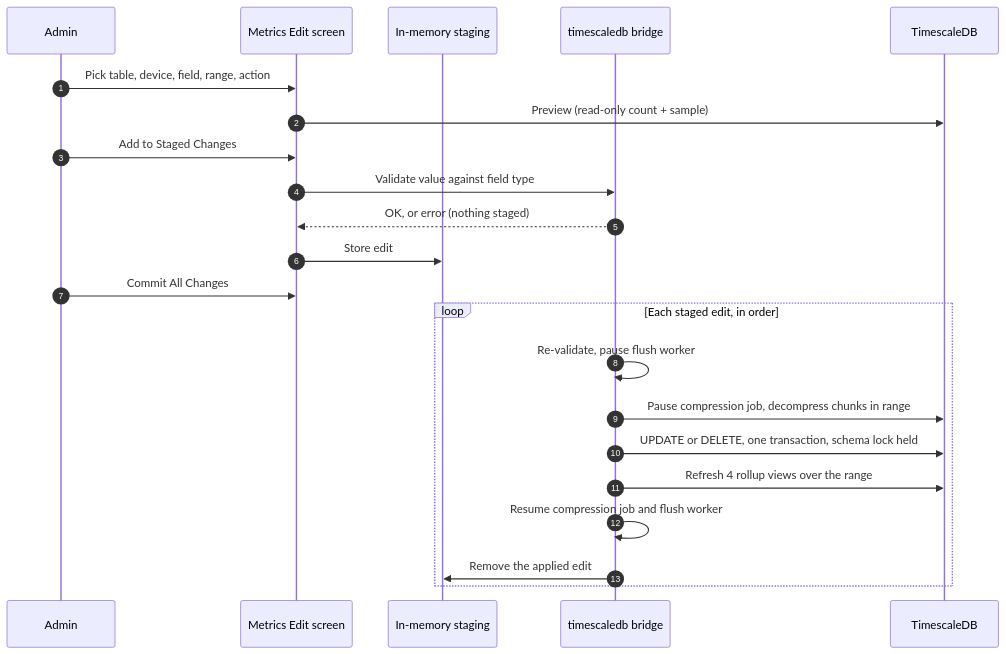
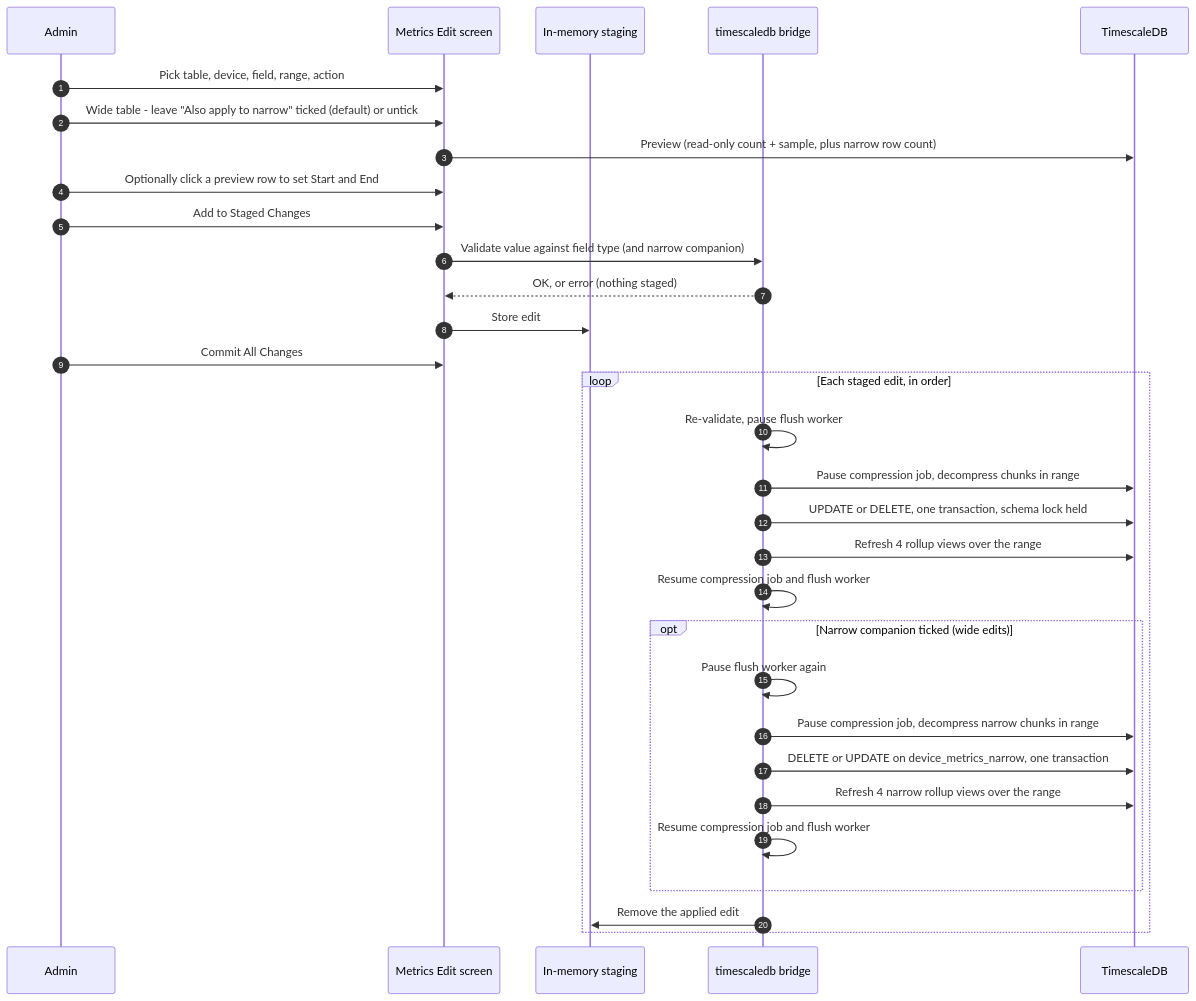
Before and after one commit to BuxtonCalvin/MultiProtocolGateway: the first of 2 diagrams in documentation/bridges/TimeScaleDB/timescaledb.md, drawn with Mermaid. The commit also changed other lines of this file and 18 other files, not shown here.

````diff
--- a/documentation/bridges/TimeScaleDB/timescaledb.md
+++ b/documentation/bridges/TimeScaleDB/timescaledb.md
@@ -400,25 +428,34 @@
 ```mermaid
 sequenceDiagram
     autonumber
     participant Admin
     participant UI as Metrics Edit screen
     participant Stage as In-memory staging
     participant Bridge as timescaledb bridge
     participant DB as TimescaleDB
 
     Admin->>UI: Pick table, device, field, range, action
-    UI->>DB: Preview (read-only count + sample)
+    Admin->>UI: Wide table - leave "Also apply to narrow" ticked (default) or untick
+    UI->>DB: Preview (read-only count + sample, plus narrow row count)
+    Admin->>UI: Optionally click a preview row to set Start and End
     Admin->>UI: Add to Staged Changes
-    UI->>Bridge: Validate value against field type
+    UI->>Bridge: Validate value against field type (and narrow companion)
     Bridge-->>UI: OK, or error (nothing staged)
     UI->>Stage: Store edit
     Admin->>UI: Commit All Changes
     loop Each staged edit, in order
         Bridge->>Bridge: Re-validate, pause flush worker
         Bridge->>DB: Pause compression job, decompress chunks in range
         Bridge->>DB: UPDATE or DELETE, one transaction, schema lock held
         Bridge->>DB: Refresh 4 rollup views over the range
         Bridge->>Bridge: Resume compression job and flush worker
+        opt Narrow companion ticked (wide edits)
+            Bridge->>Bridge: Pause flush worker again
+            Bridge->>DB: Pause compression job, decompress narrow chunks in range
+            Bridge->>DB: DELETE or UPDATE on device_metrics_narrow, one transaction
+            Bridge->>DB: Refresh 4 narrow rollup views over the range
+            Bridge->>Bridge: Resume compression job and flush worker
+        end
         Bridge->>Stage: Remove the applied edit
     end
 ```
````
